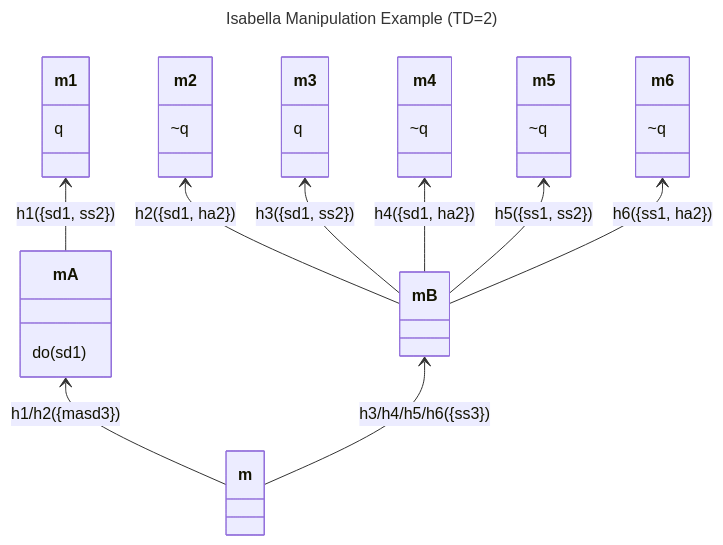
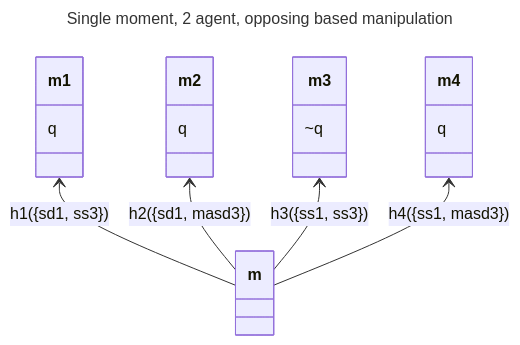
The third of 4 diagrams in docs/multistep.md (bparsia/alon-streamlit-app), drawn with Mermaid before and after one commit. The commit also changed other lines of this file and 44 other files, not shown here.

````diff
--- a/docs/multistep.md
+++ b/docs/multistep.md
@@ -77,46 +145,37 @@
 ```mermaid
 ---
-title: Isabella Manipulation Example (TD=2)
-description: Isabella manipulates Alice into shooting Dan. Chained responsibility across two temporal stages.
+title: Single moment, 2 agent, opposing based manipulation
 type: DBT
 actions:
   1:
     - sd
     - ss
-  2:
-    - ss
-    - ha
   3:
     - ss
     - masd
 opposings:
-  sd1:
-    - ha2
-evaluate:
+  ss1:
+    - masd3
+res_analyse:
   - - m/h1
-    - do(sd1)
-  - - mA/h1
+    - q
+  - - m/h2
+    - q
+  - - m/h3
+    - ~q
+  - - m/h4
     - q
 ---
 classDiagram
 direction BT
-
-  m --> mA : h1/h2({masd3})
-  m --> mB : h3/h4/h5/h6({ss3})
-
-  mA --> m1 : h1({sd1, ss2})
-  mB --> m2 : h2({sd1, ha2})
-
-  mB --> m3 : h3({sd1, ss2})
-  mB --> m4 : h4({sd1, ha2})
-  mB --> m5 : h5({ss1, ss2})
-  mB --> m6 : h6({ss1, ha2})
-
-  mA: do(sd1)
+  class m {
+  }
+  m --> m1 : h1({sd1, ss3})
+  m --> m2 : h2({sd1, masd3})
+  m --> m3 : h3({ss1, ss3})
+  m --> m4 : h4({ss1, masd3})
   m1: q
-  m2: ~q
-  m3: q
-  m4: ~q
-  m5: ~q
-  m6: ~q
+  m2: q
+  m3: ~q
+  m4: q
 ```
````
